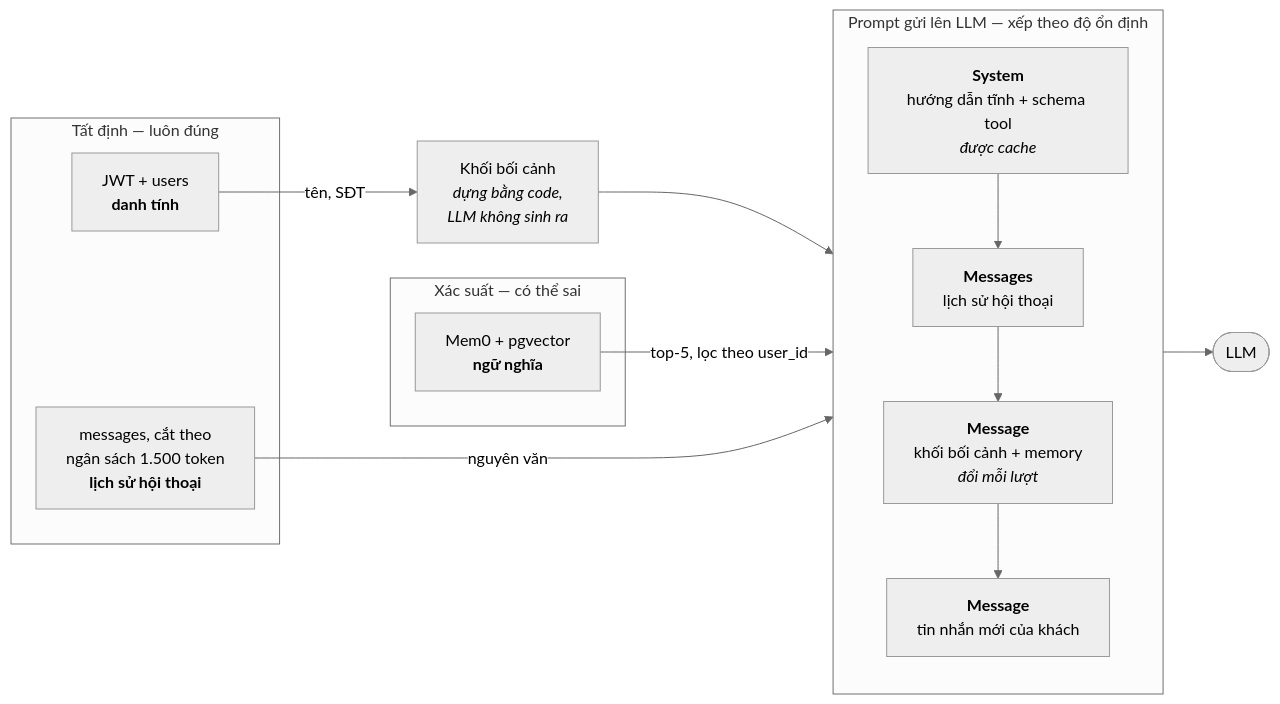
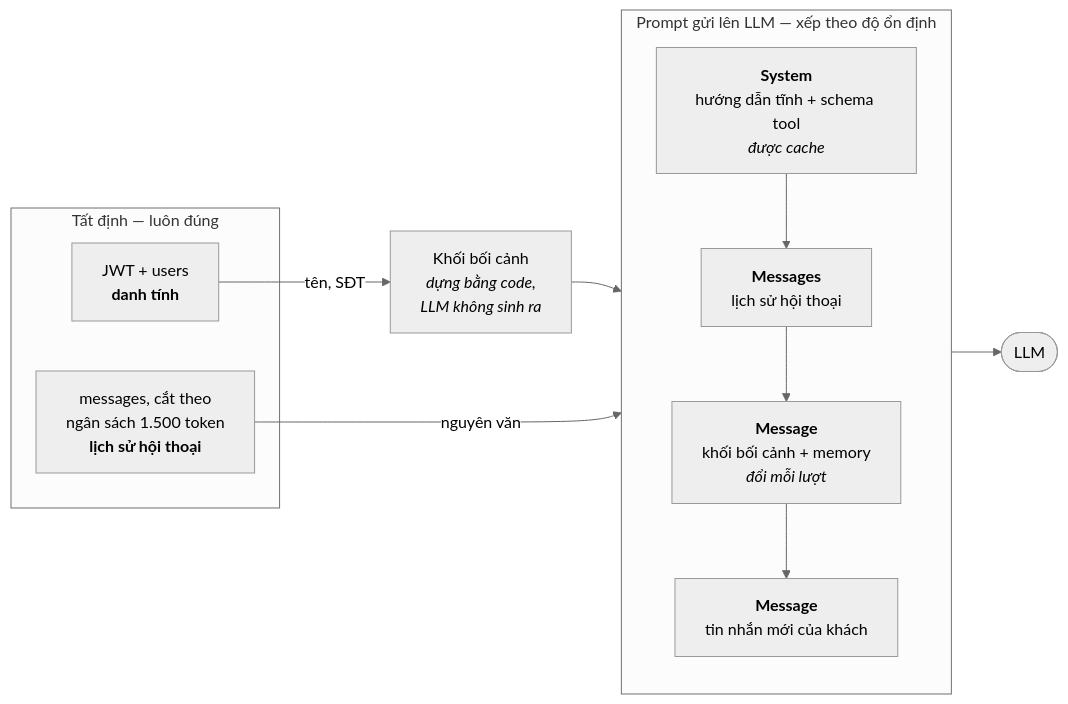
The third of 4 diagrams in docs/superpowers/specs/2026-08-06-booking-nail-toc/01-architecture.md (BuiHenry1404/salona-booking), drawn with Mermaid (neutral theme) before and after one commit. The commit also changed other lines of this file and 22 other files, not shown here.

````diff
--- a/docs/superpowers/specs/2026-08-06-booking-nail-toc/01-architecture.md
+++ b/docs/superpowers/specs/2026-08-06-booking-nail-toc/01-architecture.md
@@ -146,27 +138,22 @@
 ```mermaid
 flowchart LR
     subgraph det["Tất định — luôn đúng"]
         JWT["JWT + users<br/><b>danh tính</b>"]
         HIS["messages, cắt theo<br/>ngân sách 1.500 token<br/><b>lịch sử hội thoại</b>"]
-    end
-
-    subgraph prob["Xác suất — có thể sai"]
-        VEC["Mem0 + pgvector<br/><b>ngữ nghĩa</b>"]
     end
 
     subgraph prompt["Prompt gửi lên LLM — xếp theo độ ổn định"]
         direction TB
         P1["<b>System</b><br/>hướng dẫn tĩnh + schema tool<br/><i>được cache</i>"]
         P2["<b>Messages</b><br/>lịch sử hội thoại"]
         P3["<b>Message</b><br/>khối bối cảnh + memory<br/><i>đổi mỗi lượt</i>"]
         P4["<b>Message</b><br/>tin nhắn mới của khách"]
         P1 --> P2 --> P3 --> P4
     end
 
     JWT -->|tên, SĐT| BLOCK
     BLOCK["Khối bối cảnh<br/><i>dựng bằng code,<br/>LLM không sinh ra</i>"] --> P3
-    VEC -->|"top-5, lọc theo user_id"| P3
     HIS -->|nguyên văn| P2
 
     prompt --> LLM(["LLM"])
 ```
````
